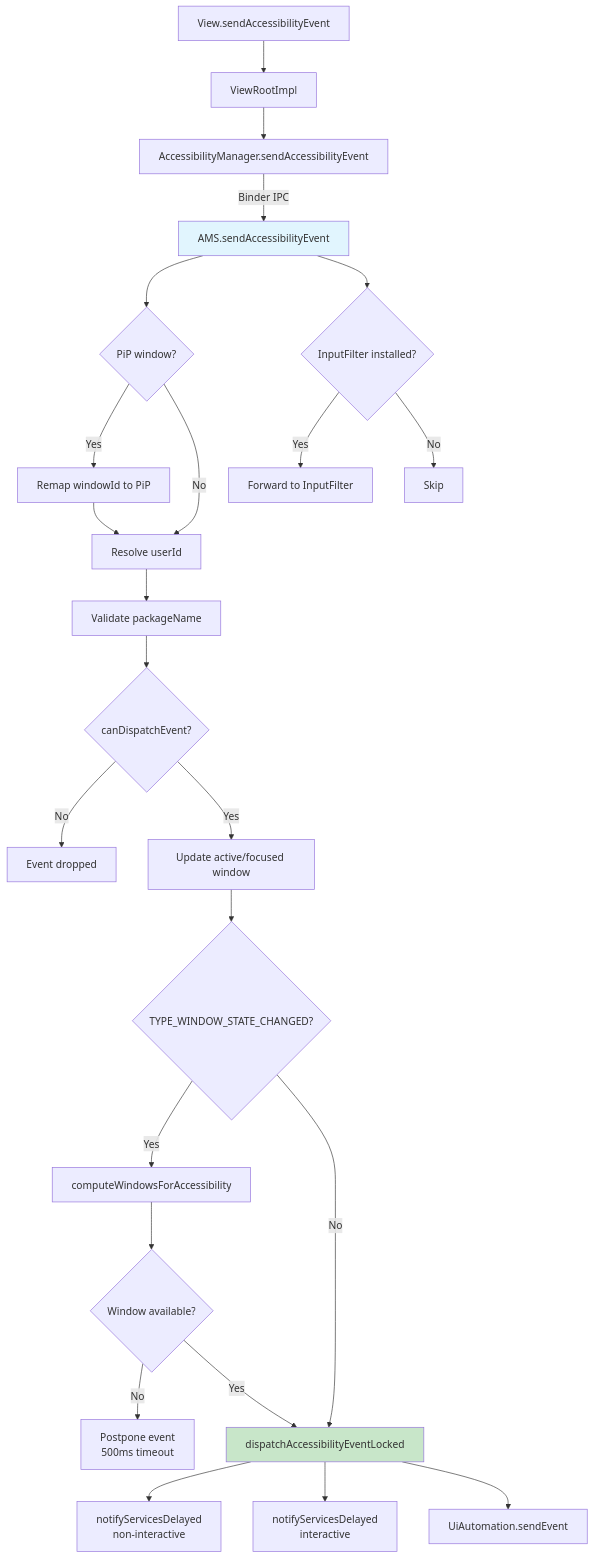
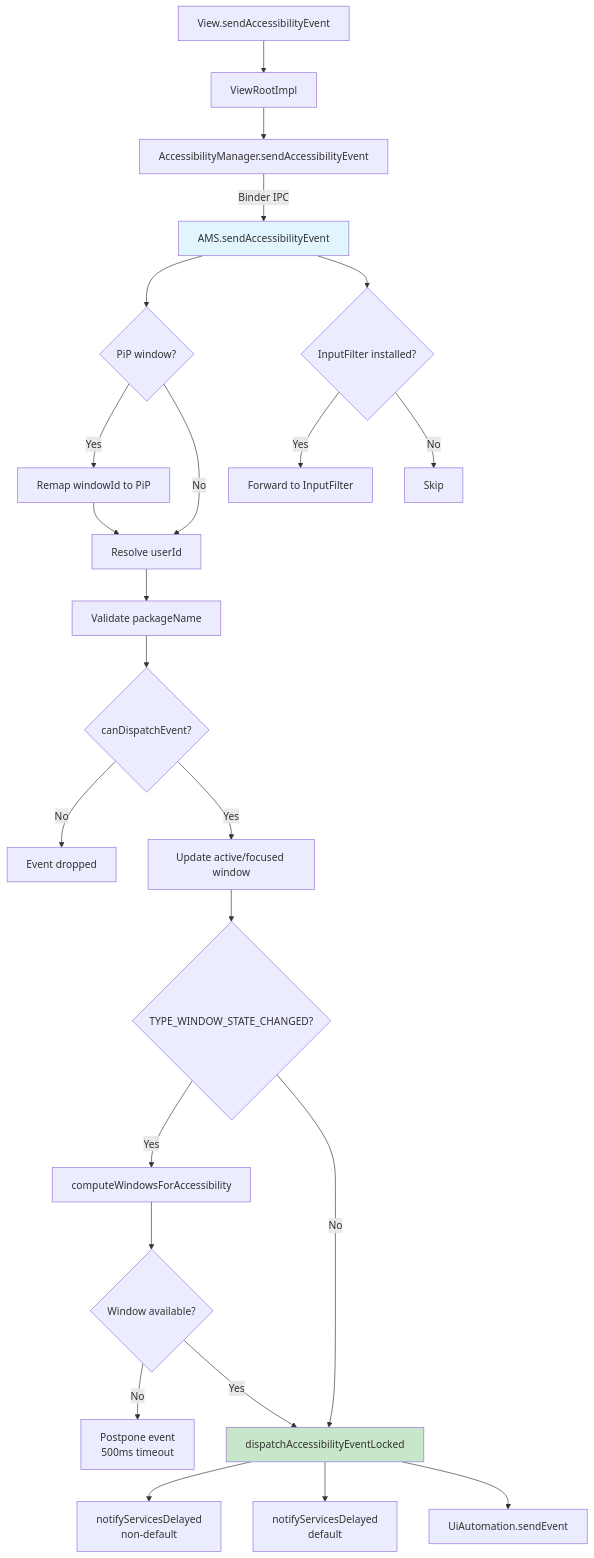
One commit to aospbooks/aosp-internal-book changed the fourth of 23 diagrams in agents/claude/skills/aosp-ui-framework/46-accessibility.md. Above: the diagram before and after it, drawn with Mermaid. The commit also changed other lines of this file and 218 other files, not shown here.

````diff
--- a/agents/claude/skills/aosp-ui-framework/46-accessibility.md
+++ b/agents/claude/skills/aosp-ui-framework/46-accessibility.md
@@ -404,29 +405,29 @@
 ```mermaid
 flowchart TD
     A[View.sendAccessibilityEvent] --> B[ViewRootImpl]
     B --> C[AccessibilityManager.sendAccessibilityEvent]
     C -->|Binder IPC| D[AMS.sendAccessibilityEvent]
     D --> E{PiP window?}
     E -->|Yes| F[Remap windowId to PiP]
     E -->|No| G[Resolve userId]
     F --> G
     G --> H[Validate packageName]
     H --> I{canDispatchEvent?}
     I -->|No| Z[Event dropped]
     I -->|Yes| J[Update active/focused window]
     J --> K{TYPE_WINDOW_STATE_CHANGED?}
     K -->|Yes| L[computeWindowsForAccessibility]
     K -->|No| M[dispatchAccessibilityEventLocked]
     L --> N{Window available?}
     N -->|No| O["Postpone event<br/>500ms timeout"]
     N -->|Yes| M
-    M --> P["notifyServicesDelayed<br/>non-interactive"]
-    M --> Q["notifyServicesDelayed<br/>interactive"]
+    M --> P["notifyServicesDelayed<br/>non-default"]
+    M --> Q["notifyServicesDelayed<br/>default"]
     M --> R[UiAutomation.sendEvent]
     D --> S{InputFilter installed?}
     S -->|Yes| T[Forward to InputFilter]
     S -->|No| U[Skip]
 
     style D fill:#e1f5fe
     style M fill:#c8e6c9
 ```
````
